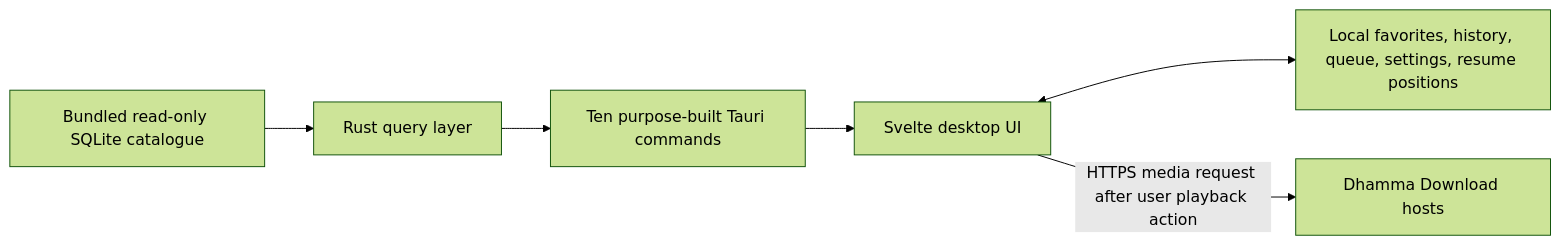
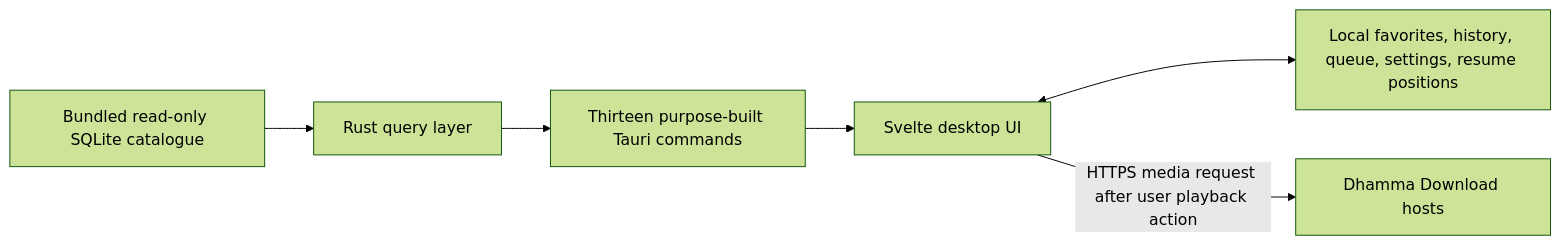
One commit to AungMyoKyaw/dhamma-echo changed the diagram in README.md. Above: the diagram before and after it, drawn with Mermaid (forest theme). The commit also changed other lines of this file and 86 other files, not shown here.

````diff
--- a/README.md
+++ b/README.md
@@ -90,8 +90,8 @@
 ```mermaid
 flowchart LR
     db[Bundled read-only SQLite catalogue] --> rust[Rust query layer]
-    rust --> commands[Ten purpose-built Tauri commands]
+    rust --> commands[Thirteen purpose-built Tauri commands]
     commands --> ui[Svelte desktop UI]
     ui <--> local[Local favorites, history, queue, settings, resume positions]
     ui -->|HTTPS media request after user playback action| source[Dhamma Download hosts]
 ```
````
